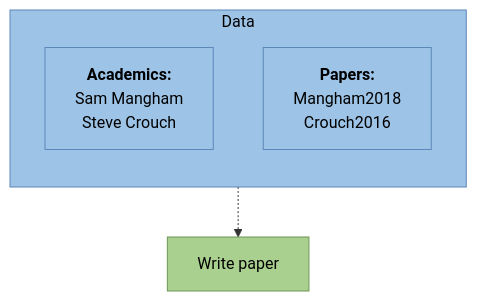
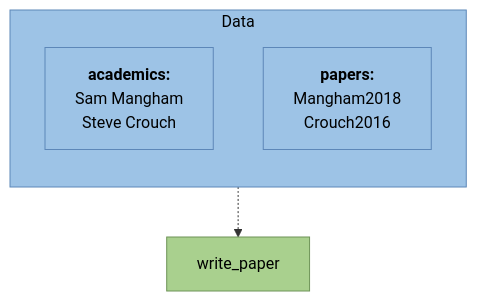
Before and after one commit to OxfordRSE/training-course-slides: the fourth of 16 diagrams in courses/object_oriented/main.md, drawn with Mermaid. The commit also changed other lines of this file, not shown here.

````diff
--- a/courses/object_oriented/main.md
+++ b/courses/object_oriented/main.md
@@ -210,22 +210,22 @@
 ```mermaid {theme: 'neutral', scale: 0.9}
 ---
 config:
   themeCSS: |
     .node rect { rx: 18px; ry: 18px; }
     .cluster rect { rx: 24px; ry: 24px; }
 ---
 flowchart TB
     subgraph D1["Data"]
       direction TB
-      A1["<b>Academics:</b><br/>Sam Mangham<br/>Steve Crouch"]
-      P1["<b>Papers:</b><br/>Mangham2018<br/>Crouch2016"]
+      A1["<b>academics:</b><br/>Sam Mangham<br/>Steve Crouch"]
+      P1["<b>papers:</b><br/>Mangham2018<br/>Crouch2016"]
     end
 
-    W1["Write paper"]
+    W1["write_paper"]
     D1 -.-> W1
 
     classDef data fill:#9dc3e6,stroke:#5d87b8,color:#000
     classDef func fill:#a9d08e,stroke:#6e9458,color:#000
     class D1,A1,P1 data
     class W1 func
 ```
````
